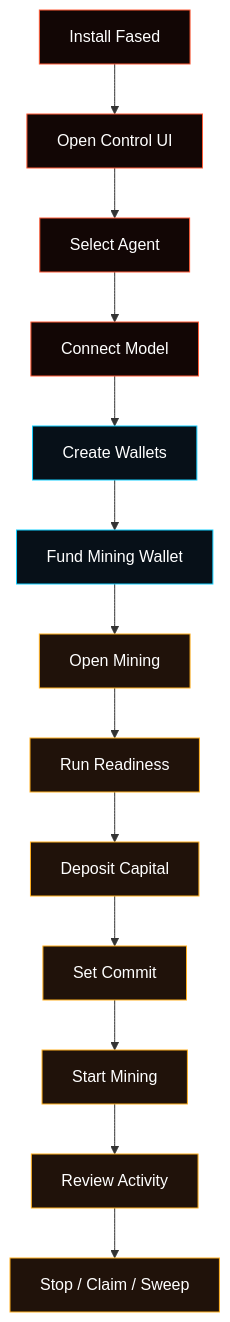
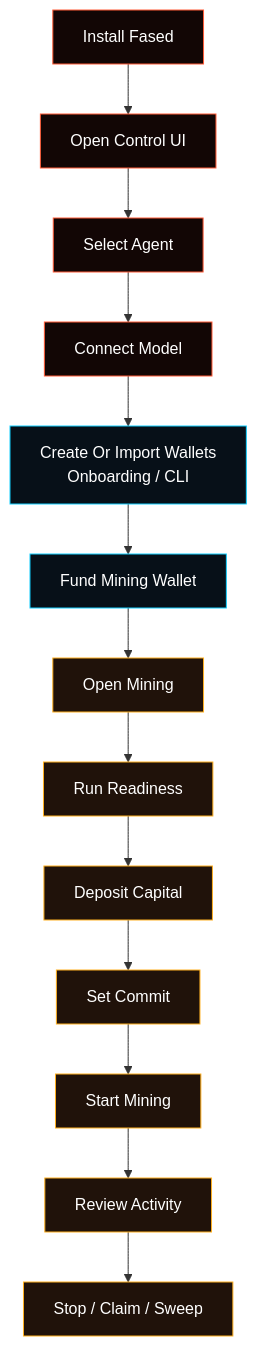
Before and after one commit to fased-ai/fased: the diagram in docs/start/agent-wallet-mining-walkthrough.md, drawn with Mermaid. The commit also changed other lines of this file and 17 other files, not shown here.

````diff
--- a/docs/start/agent-wallet-mining-walkthrough.md
+++ b/docs/start/agent-wallet-mining-walkthrough.md
@@ -22,22 +23,22 @@
 ```mermaid
 flowchart TD
   install["Install Fased"] --> open["Open Control UI"]
   open --> agent["Select Agent"]
   agent --> model["Connect Model"]
-  model --> wallets["Create Wallets"]
+  model --> wallets["Create Or Import Wallets<br/>Onboarding / CLI"]
   wallets --> fund["Fund Mining Wallet"]
   fund --> mining["Open Mining"]
   mining --> ready["Run Readiness"]
   ready --> capital["Deposit Capital"]
   capital --> commit["Set Commit"]
   commit --> start["Start Mining"]
   start --> activity["Review Activity"]
   activity --> stop["Stop / Claim / Sweep"]
 
   classDef setup fill:#120605,stroke:#ff5a36,color:#ffffff;
   classDef wallet fill:#071018,stroke:#12cfff,color:#ffffff;
   classDef mining fill:#20120a,stroke:#ffb020,color:#ffffff;
   class install,open,agent,model setup;
   class wallets,fund wallet;
   class mining,ready,capital,commit,start,activity,stop mining;
 ```
````
